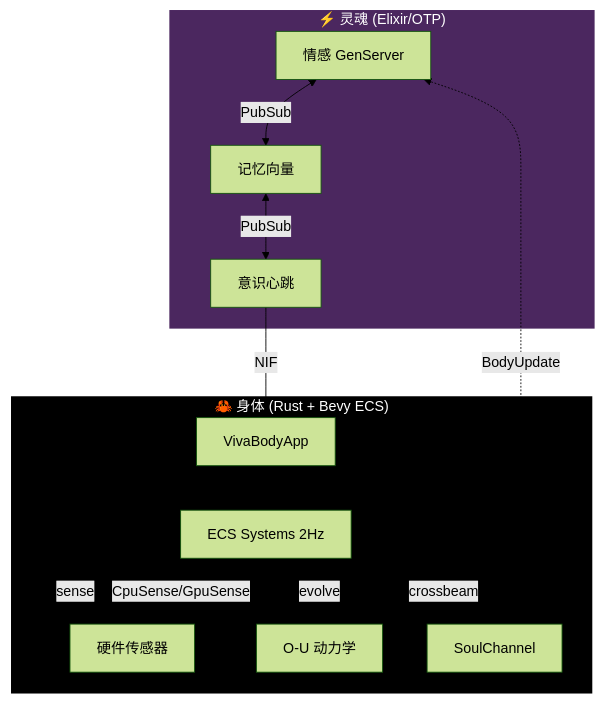
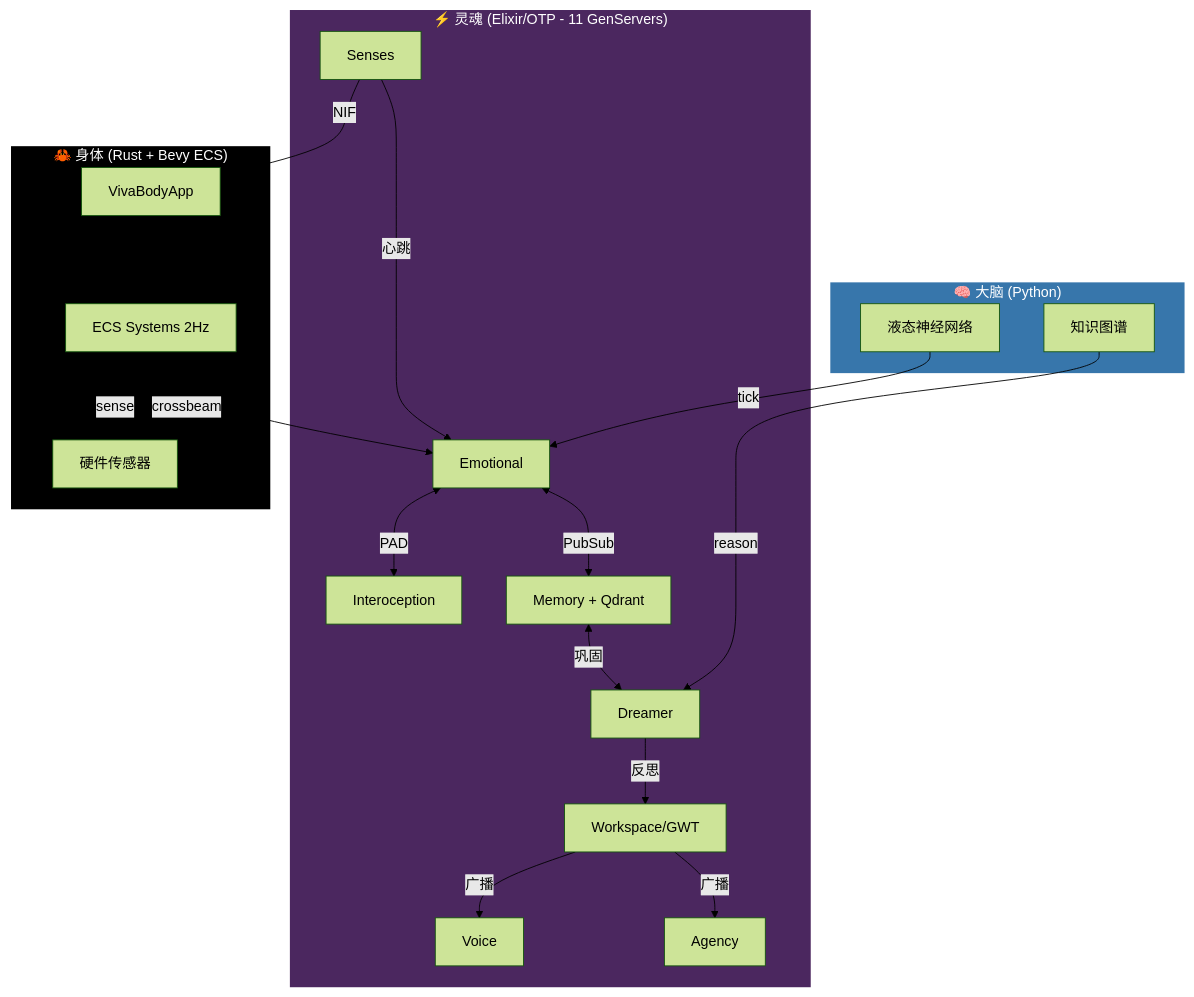
Before and after one commit to gabrielmaialva33/viva: the diagram in docs/zh-cn/README.md, drawn with Mermaid (forest theme). The commit also changed other lines of this file and 2 other files, not shown here.

First line of the commit message:
docs: update READMEs with simplified roadmap and Brain layer

````diff
--- a/docs/zh-cn/README.md
+++ b/docs/zh-cn/README.md
@@ -60,22 +61,34 @@
 ```mermaid
 graph TD
-    subgraph Soul ["⚡ 灵魂 (Elixir/OTP)"]
-        E[情感 GenServer] <-->|PubSub| M[记忆向量]
-        M <-->|PubSub| S[意识心跳]
+    subgraph Brain ["🧠 大脑 (Python)"]
+        Cortex[液态神经网络]
+        Ultra[知识图谱]
+    end
+
+    subgraph Soul ["⚡ 灵魂 (Elixir/OTP - 11 GenServers)"]
+        E[Emotional] <-->|PAD| I[Interoception]
+        E <-->|PubSub| M[Memory + Qdrant]
+        M <-->|巩固| D[Dreamer]
+        D -->|反思| W[Workspace/GWT]
+        W -->|广播| V[Voice]
+        W -->|广播| A[Agency]
+        S[Senses] -->|心跳| E
     end
 
     subgraph Body ["🦀 身体 (Rust + Bevy ECS)"]
         S -->|NIF| App[VivaBodyApp]
         App --> Sys[ECS Systems 2Hz]
         Sys -->|sense| HW[硬件传感器]
-        Sys -->|evolve| Dyn[O-U 动力学]
-        HW -.->|CpuSense/GpuSense| Sys
-        Sys -->|crossbeam| CH[SoulChannel]
-        CH -.->|BodyUpdate| E
+        Sys -->|crossbeam| E
     end
 
+    Cortex -->|tick| E
+    Ultra -->|reason| D
+
+    classDef brain fill:#3776AB,stroke:#fff,stroke-width:2px,color:#fff;
     classDef soul fill:#4B275F,stroke:#fff,stroke-width:2px,color:#fff;
     classDef body fill:#000,stroke:#fff,stroke-width:2px,color:#fff;
+    class Brain brain;
     class Soul soul;
     class Body body;
 ```
````
